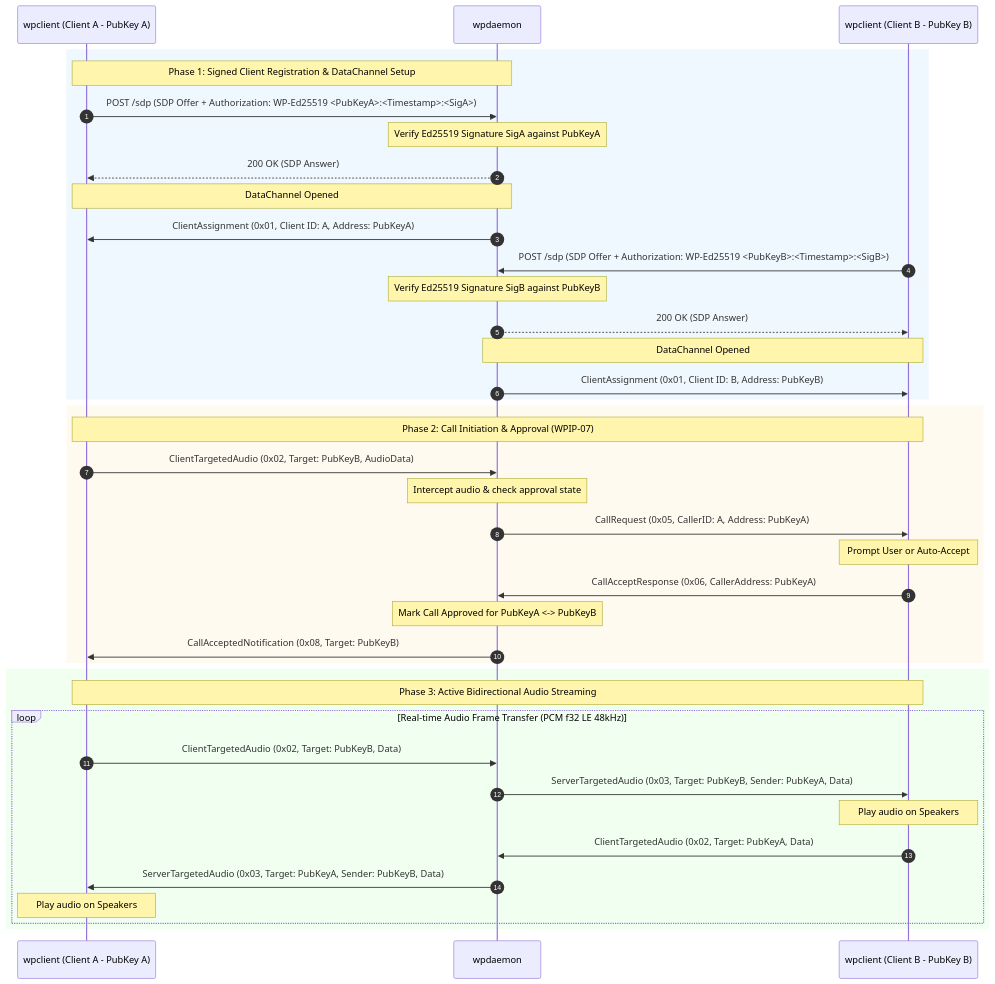
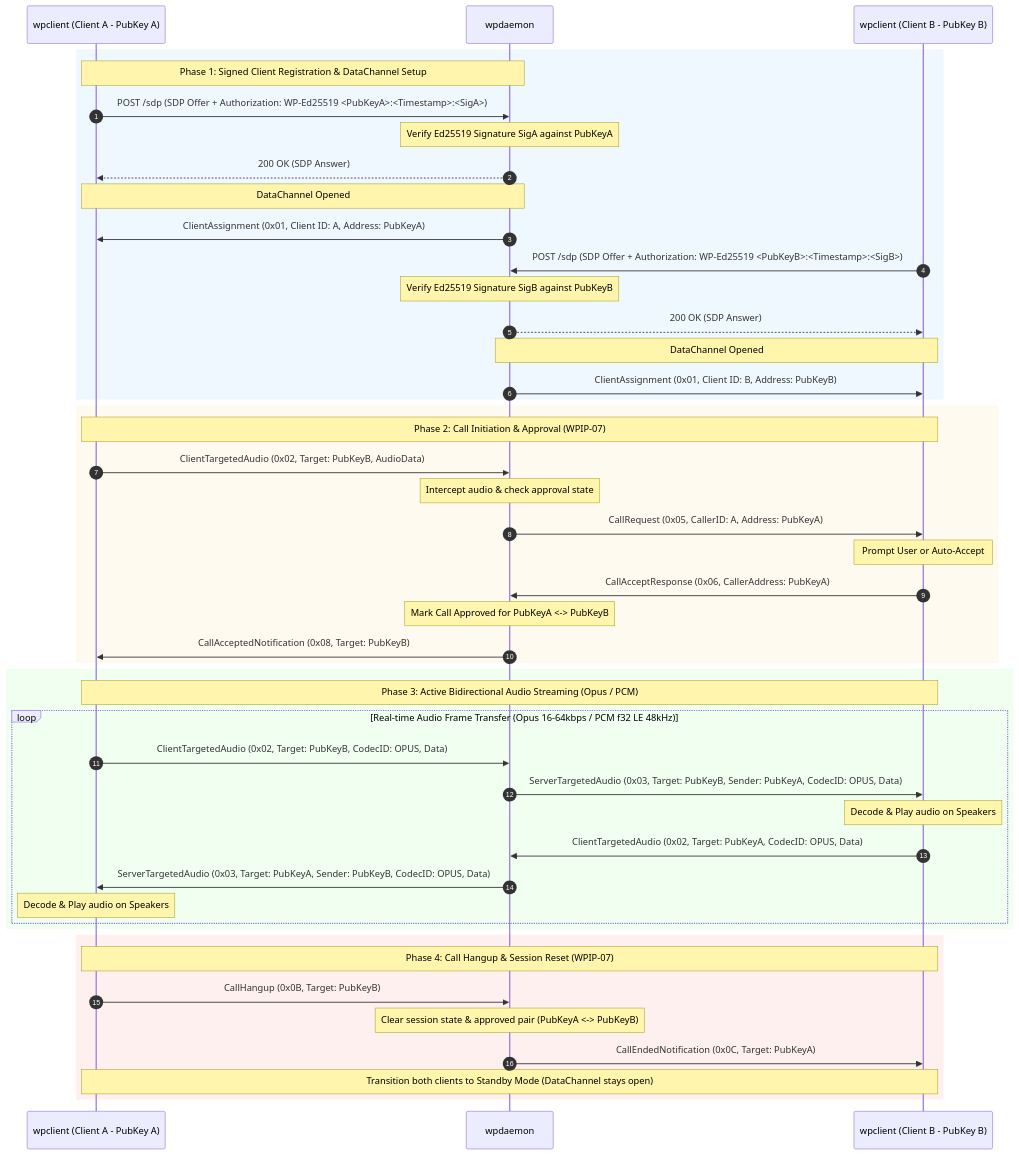
The second of 2 diagrams in docs/WPIP-01.md (haruki7049/web-phone), drawn with Mermaid before and after one commit. The commit also changed 7 other files, not shown here.

````diff
--- a/docs/WPIP-01.md
+++ b/docs/WPIP-01.md
@@ -72,49 +72,58 @@
 ```mermaid
 sequenceDiagram
     autonumber
     participant ClientA as wpclient (Client A - PubKey A)
     participant Daemon as wpdaemon
     participant ClientB as wpclient (Client B - PubKey B)
 
     %% Phase 1: Signed Registration
     rect rgb(240, 248, 255)
     Note over ClientA,Daemon: Phase 1: Signed Client Registration & DataChannel Setup
     ClientA->>Daemon: POST /sdp (SDP Offer + Authorization: WP-Ed25519 <PubKeyA>:<Timestamp>:<SigA>)
     Note over Daemon: Verify Ed25519 Signature SigA against PubKeyA
     Daemon-->>ClientA: 200 OK (SDP Answer)
     Note over ClientA,Daemon: DataChannel Opened
     Daemon->>ClientA: ClientAssignment (0x01, Client ID: A, Address: PubKeyA)
 
     ClientB->>Daemon: POST /sdp (SDP Offer + Authorization: WP-Ed25519 <PubKeyB>:<Timestamp>:<SigB>)
     Note over Daemon: Verify Ed25519 Signature SigB against PubKeyB
     Daemon-->>ClientB: 200 OK (SDP Answer)
     Note over ClientB,Daemon: DataChannel Opened
     Daemon->>ClientB: ClientAssignment (0x01, Client ID: B, Address: PubKeyB)
     end
 
     %% Phase 2: Call Control & Approval
     rect rgb(255, 250, 240)
     Note over ClientA,ClientB: Phase 2: Call Initiation & Approval (WPIP-07)
     ClientA->>Daemon: ClientTargetedAudio (0x02, Target: PubKeyB, AudioData)
     Note over Daemon: Intercept audio & check approval state
     Daemon->>ClientB: CallRequest (0x05, CallerID: A, Address: PubKeyA)
     Note over ClientB: Prompt User or Auto-Accept
     ClientB->>Daemon: CallAcceptResponse (0x06, CallerAddress: PubKeyA)
     Note over Daemon: Mark Call Approved for PubKeyA <-> PubKeyB
     Daemon->>ClientA: CallAcceptedNotification (0x08, Target: PubKeyB)
     end
 
     %% Phase 3: Bidirectional Streaming
     rect rgb(240, 255, 240)
-    Note over ClientA,ClientB: Phase 3: Active Bidirectional Audio Streaming
-    loop Real-time Audio Frame Transfer (PCM f32 LE 48kHz)
-        ClientA->>Daemon: ClientTargetedAudio (0x02, Target: PubKeyB, Data)
-        Daemon->>ClientB: ServerTargetedAudio (0x03, Target: PubKeyB, Sender: PubKeyA, Data)
-        Note over ClientB: Play audio on Speakers
+    Note over ClientA,ClientB: Phase 3: Active Bidirectional Audio Streaming (Opus / PCM)
+    loop Real-time Audio Frame Transfer (Opus 16-64kbps / PCM f32 LE 48kHz)
+        ClientA->>Daemon: ClientTargetedAudio (0x02, Target: PubKeyB, CodecID: OPUS, Data)
+        Daemon->>ClientB: ServerTargetedAudio (0x03, Target: PubKeyB, Sender: PubKeyA, CodecID: OPUS, Data)
+        Note over ClientB: Decode & Play audio on Speakers
 
-        ClientB->>Daemon: ClientTargetedAudio (0x02, Target: PubKeyA, Data)
-        Daemon->>ClientA: ServerTargetedAudio (0x03, Target: PubKeyA, Sender: PubKeyB, Data)
-        Note over ClientA: Play audio on Speakers
+        ClientB->>Daemon: ClientTargetedAudio (0x02, Target: PubKeyA, CodecID: OPUS, Data)
+        Daemon->>ClientA: ServerTargetedAudio (0x03, Target: PubKeyA, Sender: PubKeyB, CodecID: OPUS, Data)
+        Note over ClientA: Decode & Play audio on Speakers
     end
     end
+
+    %% Phase 4: Call Hangup & Session Reset
+    rect rgb(255, 240, 240)
+    Note over ClientA,ClientB: Phase 4: Call Hangup & Session Reset (WPIP-07)
+    ClientA->>Daemon: CallHangup (0x0B, Target: PubKeyB)
+    Note over Daemon: Clear session state & approved pair (PubKeyA <-> PubKeyB)
+    Daemon->>ClientB: CallEndedNotification (0x0C, Target: PubKeyA)
+    Note over ClientA,ClientB: Transition both clients to Standby Mode (DataChannel stays open)
+    end
 ```
````
